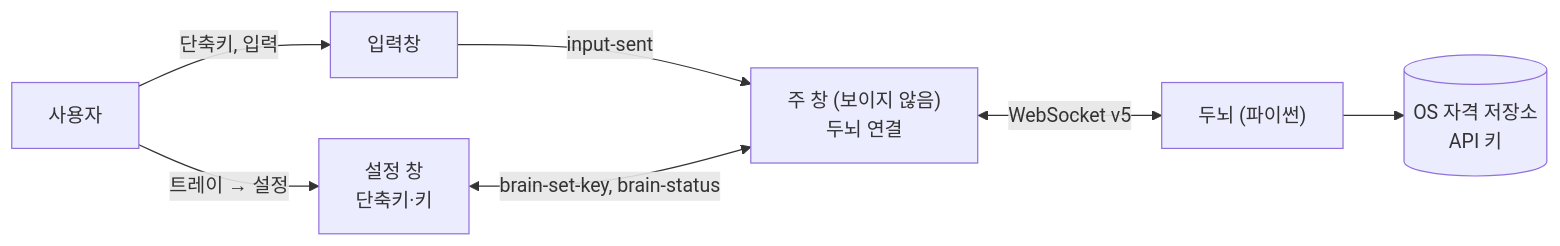
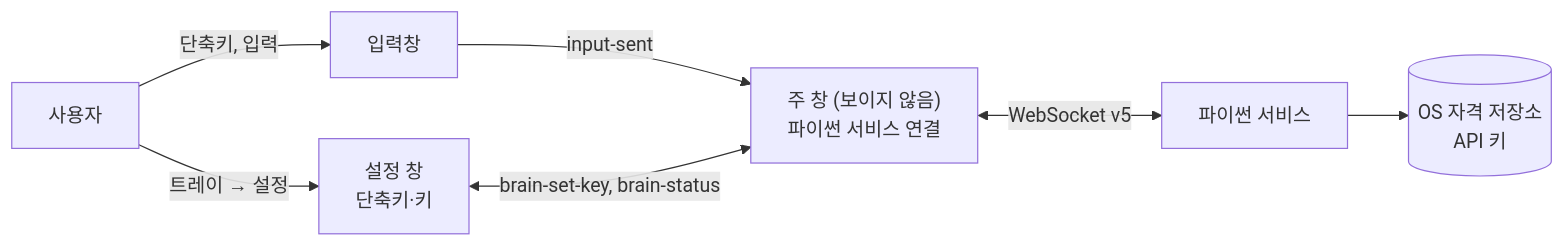
The diagram in ARCHITECTURE.md (HEOSEONGILml/AssistantChatBot), drawn with Mermaid before and after one commit. The commit also changed other lines of this file and 15 other files, not shown here.

Commit message:
docs: '두뇌'라는 표현을 없애고 '파이썬 서비스'로 부른다

````diff
--- a/ARCHITECTURE.md
+++ b/ARCHITECTURE.md
@@ -9,9 +9,9 @@
 ```mermaid
 flowchart LR
   U["사용자"] -->|"단축키, 입력"| IN["입력창"]
   U -->|"트레이 → 설정"| SET["설정 창<br>단축키·키"]
-  IN -->|"input-sent"| MAIN["주 창 (보이지 않음)<br>두뇌 연결"]
+  IN -->|"input-sent"| MAIN["주 창 (보이지 않음)<br>파이썬 서비스 연결"]
   SET <-->|"brain-set-key, brain-status"| MAIN
-  MAIN <-->|"WebSocket v5"| B["두뇌 (파이썬)"]
+  MAIN <-->|"WebSocket v5"| B["파이썬 서비스"]
   B --> K[("OS 자격 저장소<br>API 키")]
 ```
````
